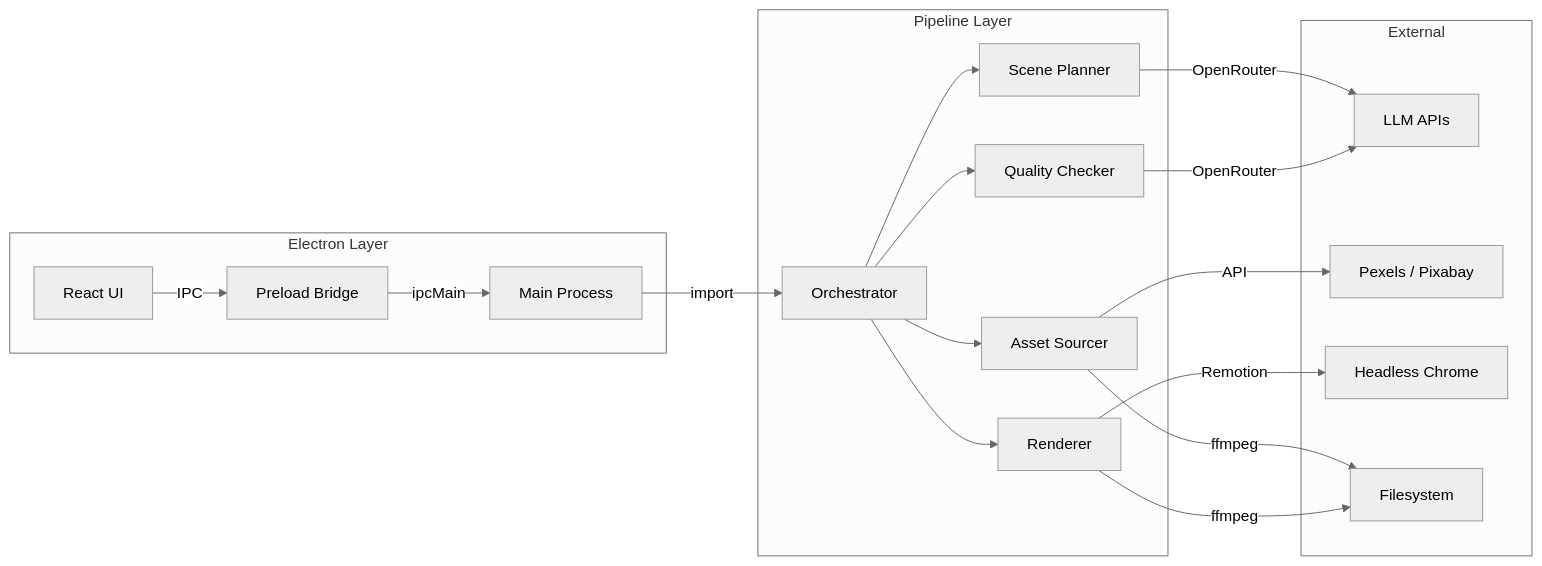
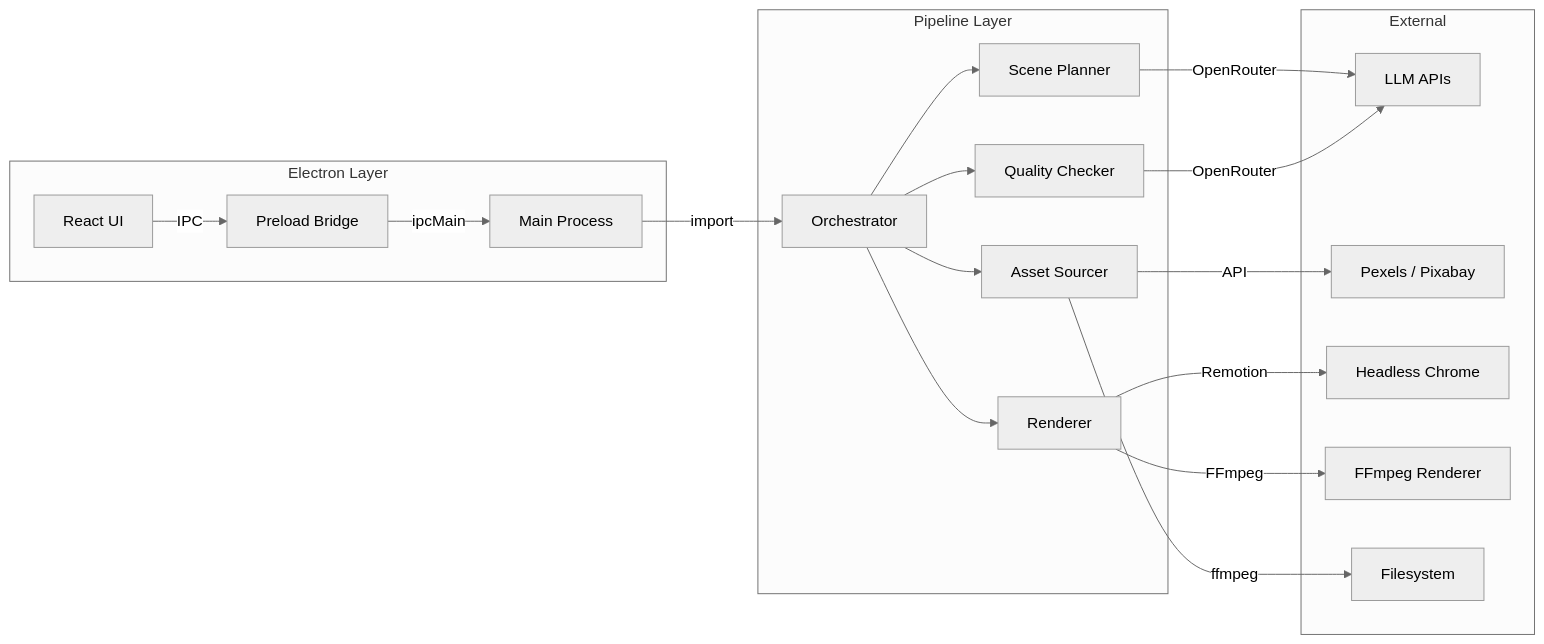
The diagram in docs/Architecture.md (A-Raphie/Raphie-Editor), drawn with Mermaid (neutral theme) before and after one commit. The commit also changed other lines of this file and 11 other files, not shown here.

````diff
--- a/docs/Architecture.md
+++ b/docs/Architecture.md
@@ -11,24 +11,24 @@
 ```mermaid
 graph LR
     subgraph "Electron Layer"
         UI[React UI] --> |IPC| PRE[Preload Bridge]
         PRE --> |ipcMain| MAIN[Main Process]
     end
     
     subgraph "Pipeline Layer"
         MAIN --> |import| ORCH[Orchestrator]
         ORCH --> SP[Scene Planner]
         ORCH --> AS[Asset Sourcer]
         ORCH --> QC[Quality Checker]
         ORCH --> REN[Renderer]
     end
     
     subgraph "External"
         SP --> |OpenRouter| LLM[LLM APIs]
         QC --> |OpenRouter| LLM
         AS --> |API| STOCK[Pexels / Pixabay]
         REN --> |Remotion| CHROME[Headless Chrome]
+        REN --> |FFmpeg| FFMPEG[FFmpeg Renderer]
         AS --> |ffmpeg| FS[Filesystem]
-        REN --> |ffmpeg| FS
     end
 ```
````
